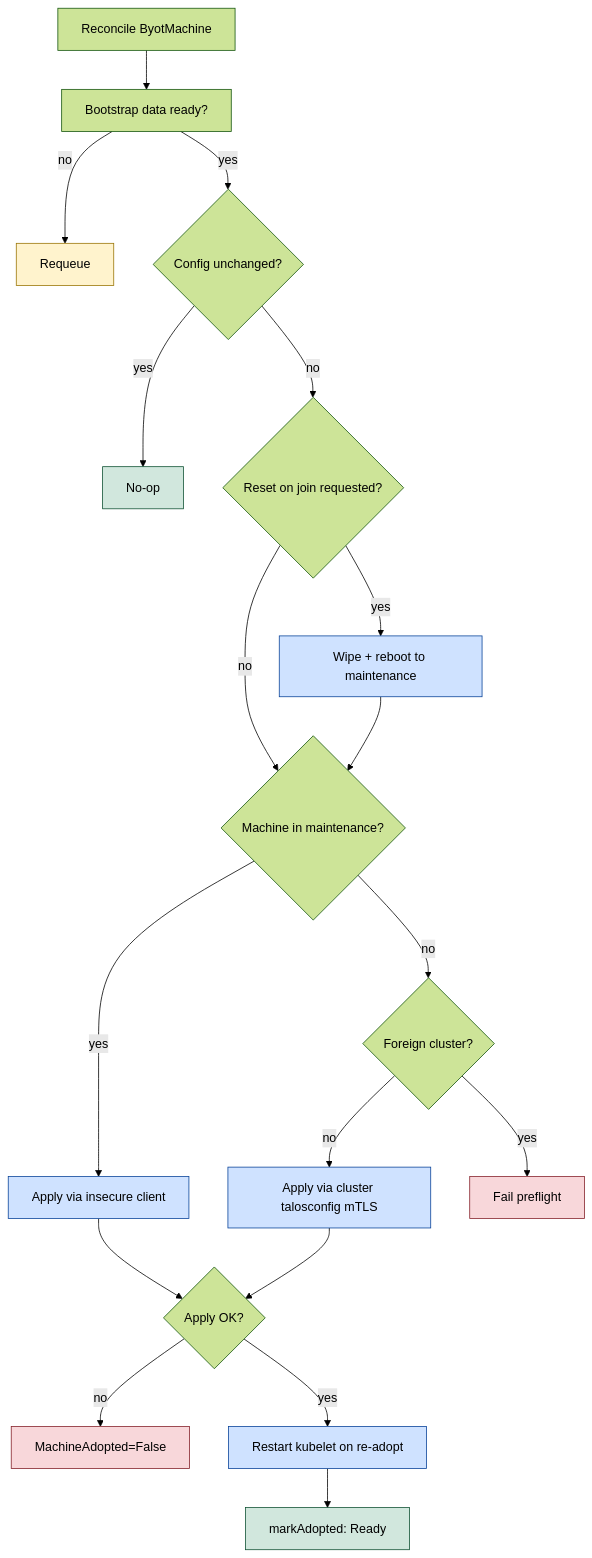
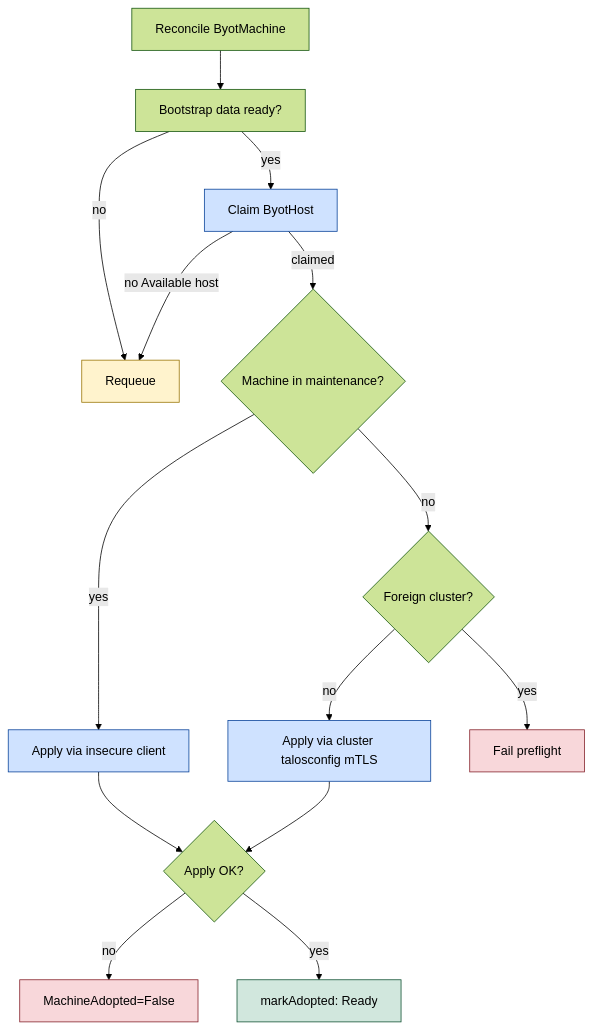
One commit to kommodity-io/cluster-api-provider-bringyourowntalos changed the diagram in README.md. Above: the diagram before and after it, drawn with Mermaid (forest theme). The commit also changed other lines of this file and 22 other files, not shown here.

Commit message:
feat(byot): host registry with discovery + claim/release [PLA-6628] (#8)

````diff
--- a/README.md
+++ b/README.md
@@ -83,24 +159,20 @@
 ```mermaid
 flowchart TD
     R[Reconcile ByotMachine] --> B[Bootstrap data ready?]
     B -->|no| W[Requeue]:::wait
-    B -->|yes| C{Config unchanged?}
-    C -->|yes| N[No-op]:::ok
-    C -->|no| J{Reset on join requested?}
-    J -->|yes| Wipe[Wipe + reboot to maintenance]:::action
-    J -->|no| M{Machine in maintenance?}
-    Wipe --> M
+    B -->|yes| CH[Claim ByotHost]:::action
+    CH -->|no Available host| W
+    CH -->|claimed| M{Machine in maintenance?}
     M -->|yes| A1[Apply via insecure client]:::action
     M -->|no| F{Foreign cluster?}
     F -->|no| A2[Apply via cluster talosconfig mTLS]:::action
     F -->|yes| X[Fail preflight]:::fail
     A1 --> S{Apply OK?}
     A2 --> S
     S -->|no| AF[MachineAdopted=False]:::fail
-    S -->|yes| R1[Restart kubelet on re-adopt]:::action
-    R1 --> OK[markAdopted: Ready]:::ok
+    S -->|yes| OK[markAdopted: Ready]:::ok
     classDef wait fill:#fff3cd,stroke:#997404;
     classDef action fill:#cfe2ff,stroke:#084298;
     classDef ok fill:#d1e7dd,stroke:#0f5132;
     classDef fail fill:#f8d7da,stroke:#842029;
 ```
````
